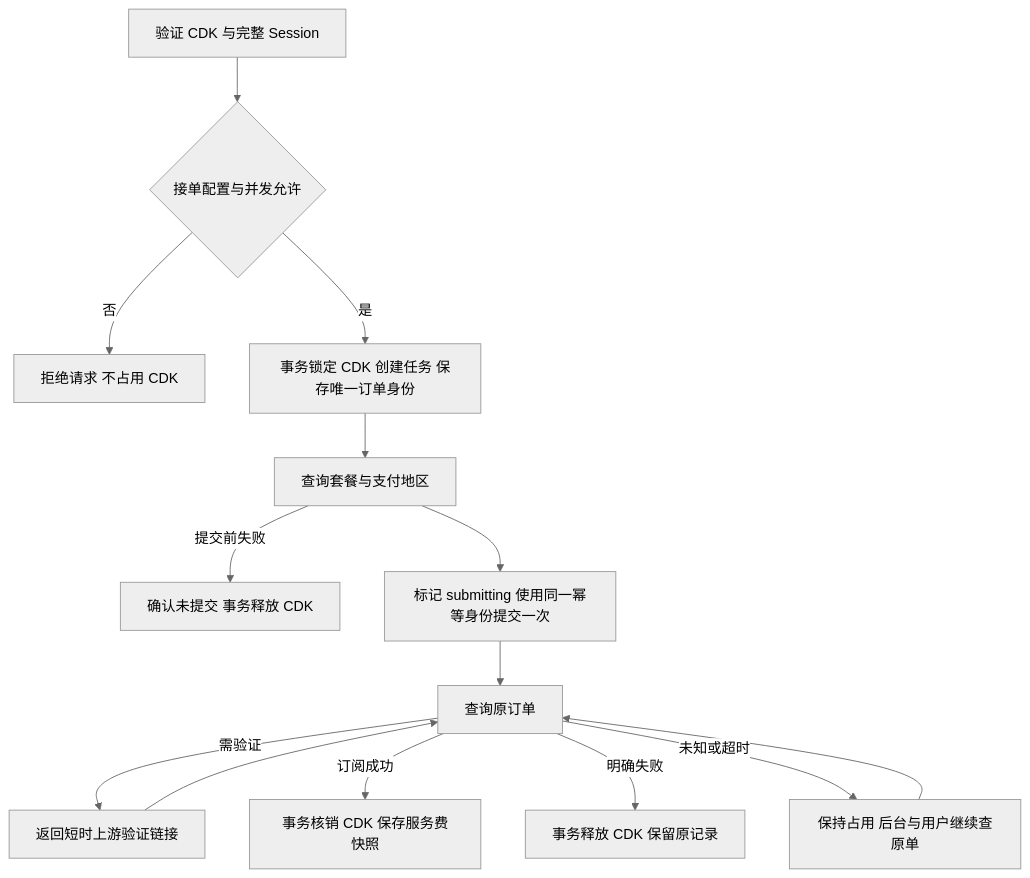
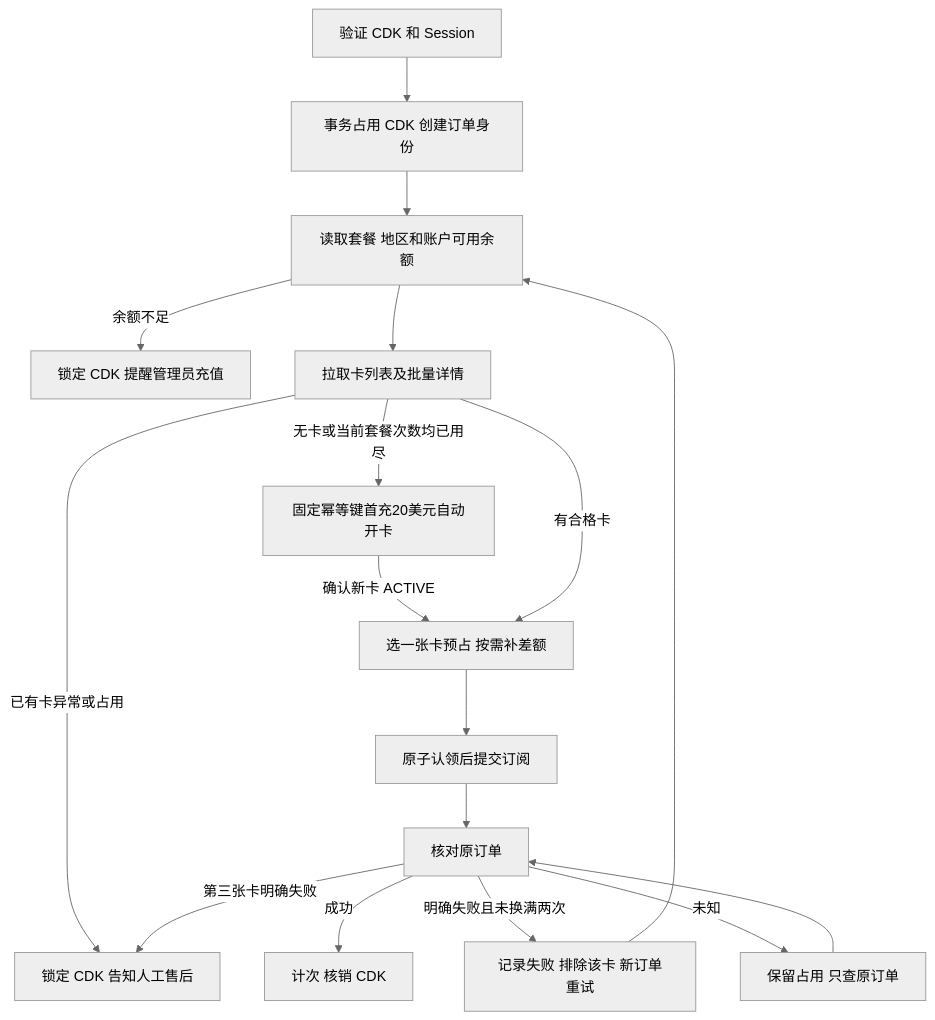
The diagram in RECHARGE-AUDIT.md (miracal-0312/Pay-gpt-Orbit), drawn with Mermaid (neutral theme) before and after one commit. The commit also changed other lines of this file and 37 other files, not shown here.

````diff
--- a/RECHARGE-AUDIT.md
+++ b/RECHARGE-AUDIT.md
@@ -7,16 +7,19 @@
 ```mermaid
 flowchart TD
-    A[验证 CDK 与完整 Session] --> B{接单配置与并发允许}
-    B -->|否| C[拒绝请求 不占用 CDK]
-    B -->|是| D[事务锁定 CDK 创建任务 保存唯一订单身份]
-    D --> E[查询套餐与支付地区]
-    E -->|提交前失败| F[确认未提交 事务释放 CDK]
-    E --> G[标记 submitting 使用同一幂等身份提交一次]
-    G --> H[查询原订单]
-    H -->|需验证| I[返回短时上游验证链接]
-    I --> H
-    H -->|订阅成功| J[事务核销 CDK 保存服务费快照]
-    H -->|明确失败| K[事务释放 CDK 保留原记录]
-    H -->|未知或超时| L[保持占用 后台与用户继续查原单]
-    L --> H
+    A[验证 CDK 和 Session] --> B[事务占用 CDK 创建订单身份]
+    B --> C[读取套餐 地区和账户可用余额]
+    C -->|余额不足| D[锁定 CDK 提醒管理员充值]
+    C --> E[拉取卡列表及批量详情]
+    E -->|已有卡异常或占用| F[锁定 CDK 告知人工售后]
+    E -->|无卡或当前套餐次数均已用尽| M[固定幂等键首充20美元自动开卡]
+    M -->|确认新卡 ACTIVE| G
+    E -->|有合格卡| G[选一张卡预占 按需补差额]
+    G --> H[原子认领后提交订阅]
+    H --> I[核对原订单]
+    I -->|成功| J[计次 核销 CDK]
+    I -->|明确失败且未换满两次| K[记录失败 排除该卡 新订单重试]
+    K --> C
+    I -->|第三张卡明确失败| F
+    I -->|未知| L[保留占用 只查原订单]
+    L --> I
 ```
````
